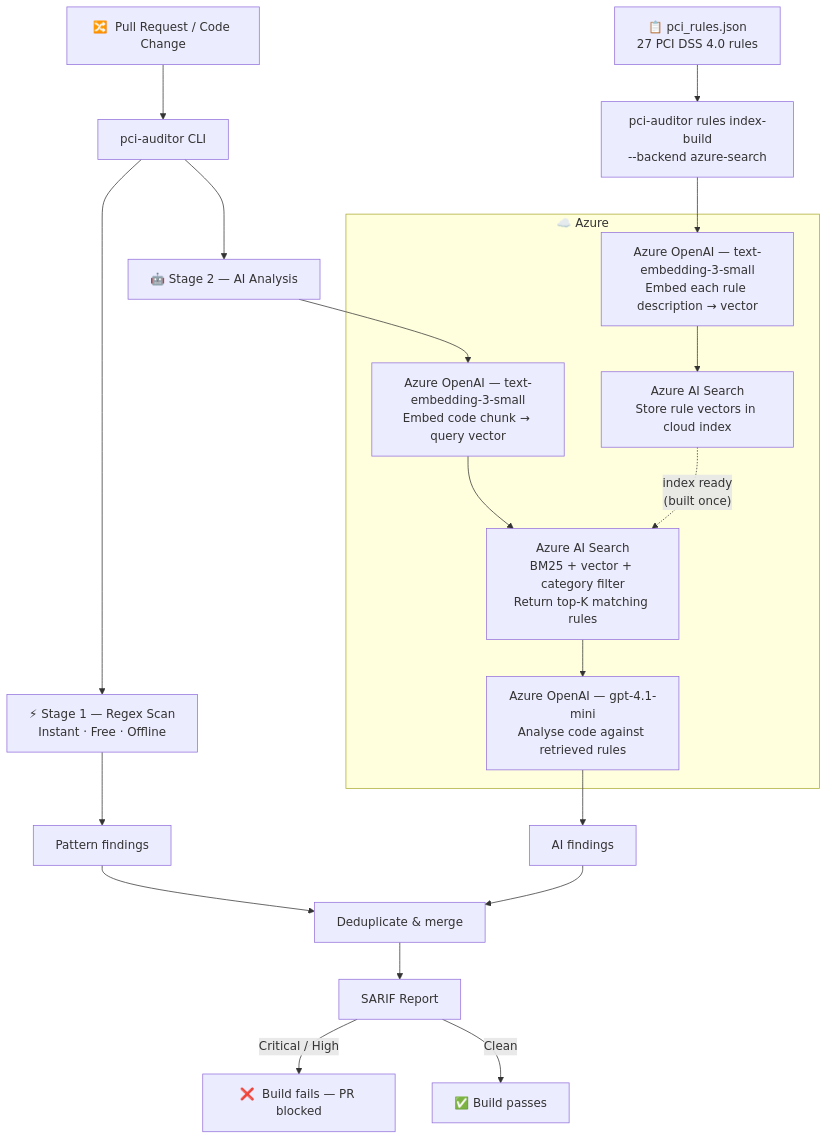
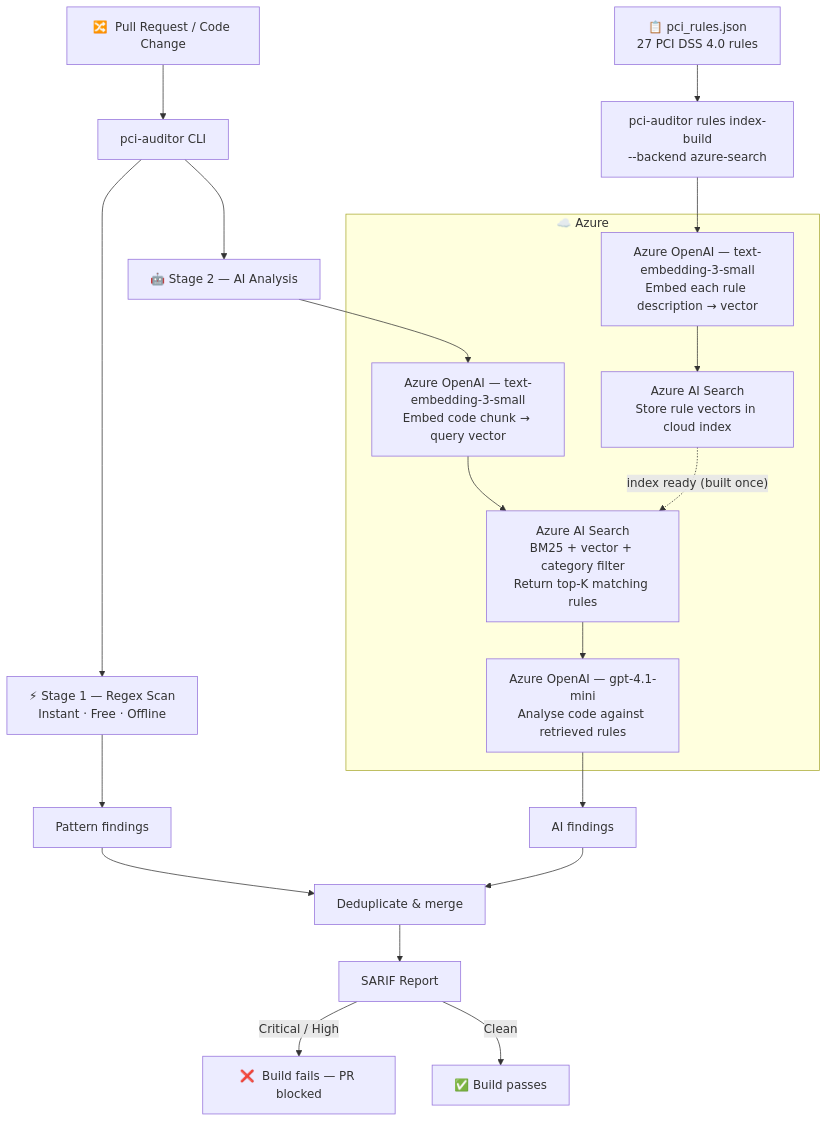
The diagram in README.md (nilavanrajamani/pci-auditor), drawn with Mermaid before and after one commit.

Commit message:
docs: fix Mermaid line breaks — use <br/> instead of \n

````diff
--- a/README.md
+++ b/README.md
@@ -61,40 +61,40 @@
 ```mermaid
 flowchart TD
     %% ── One-time setup ──────────────────────────────────────────────
-    RULES["📋 pci_rules.json\n27 PCI DSS 4.0 rules"]
-    IDXCMD["pci-auditor rules index-build\n--backend azure-search"]
+    RULES["📋 pci_rules.json<br/>27 PCI DSS 4.0 rules"]
+    IDXCMD["pci-auditor rules index-build<br/>--backend azure-search"]
     RULES --> IDXCMD
 
     subgraph AZURE ["☁️  Azure"]
-        IDXEMBED["Azure OpenAI — text-embedding-3-small\nEmbed each rule description → vector"]
-        IDXSTORE["Azure AI Search\nStore rule vectors in cloud index"]
+        IDXEMBED["Azure OpenAI — text-embedding-3-small<br/>Embed each rule description → vector"]
+        IDXSTORE["Azure AI Search<br/>Store rule vectors in cloud index"]
         IDXEMBED --> IDXSTORE
 
-        SCANEMBED["Azure OpenAI — text-embedding-3-small\nEmbed code chunk → query vector"]
-        SEARCHQ["Azure AI Search\nBM25 + vector + category filter\nReturn top-K matching rules"]
-        GPT["Azure OpenAI — gpt-4.1-mini\nAnalyse code against retrieved rules"]
+        SCANEMBED["Azure OpenAI — text-embedding-3-small<br/>Embed code chunk → query vector"]
+        SEARCHQ["Azure AI Search<br/>BM25 + vector + category filter<br/>Return top-K matching rules"]
+        GPT["Azure OpenAI — gpt-4.1-mini<br/>Analyse code against retrieved rules"]
         SCANEMBED --> SEARCHQ --> GPT
     end
 
     IDXCMD --> IDXEMBED
-    IDXSTORE -. "index ready\n(built once)" .-> SEARCHQ
+    IDXSTORE -. "index ready (built once)" .-> SEARCHQ
 
     %% ── Scan flow ───────────────────────────────────────────────────
     PR["🔀  Pull Request / Code Change"]
     CLI["pci-auditor CLI"]
     PR --> CLI
 
-    CLI --> REGEX["⚡ Stage 1 — Regex Scan\nInstant · Free · Offline"]
+    CLI --> REGEX["⚡ Stage 1 — Regex Scan<br/>Instant · Free · Offline"]
     CLI --> AI["🤖 Stage 2 — AI Analysis"]
 
     REGEX --> PF["Pattern findings"]
     AI --> SCANEMBED
     GPT --> AF["AI findings"]
 
     PF --> MERGE["Deduplicate & merge"]
     AF --> MERGE
 
     MERGE --> SARIF["SARIF Report"]
     SARIF -->|"Critical / High"| FAIL["❌  Build fails — PR blocked"]
     SARIF -->|"Clean"| PASS["✅  Build passes"]
 ```
````
